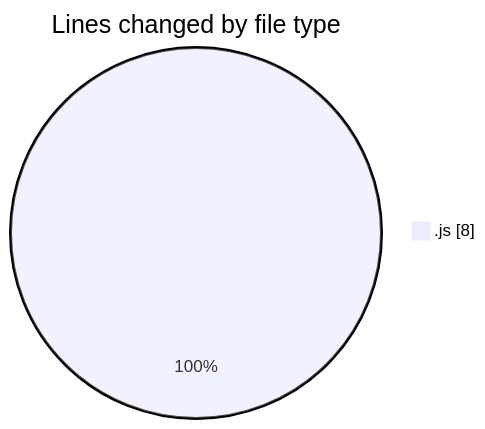
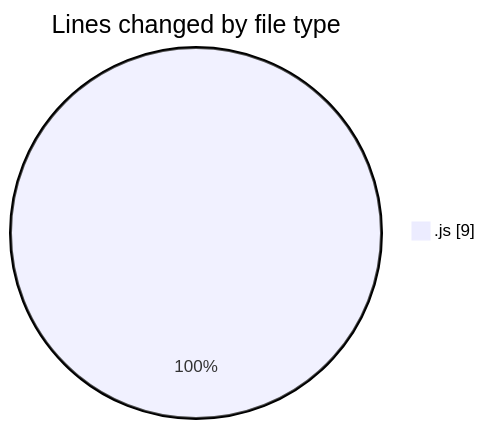
The first of 2 diagrams in 2026-02-22/bot_v1_2/README.md (becaeroporto-bot/code-tracking), drawn with Mermaid before and after one commit. The commit also changed other lines of this file and 1 other file, not shown here.

````diff
--- a/2026-02-22/bot_v1_2/README.md
+++ b/2026-02-22/bot_v1_2/README.md
@@ -20,5 +20,5 @@
 ```mermaid
 pie showData
 title Lines changed by file type
-".js" : 8
+".js" : 9
 ```
````
